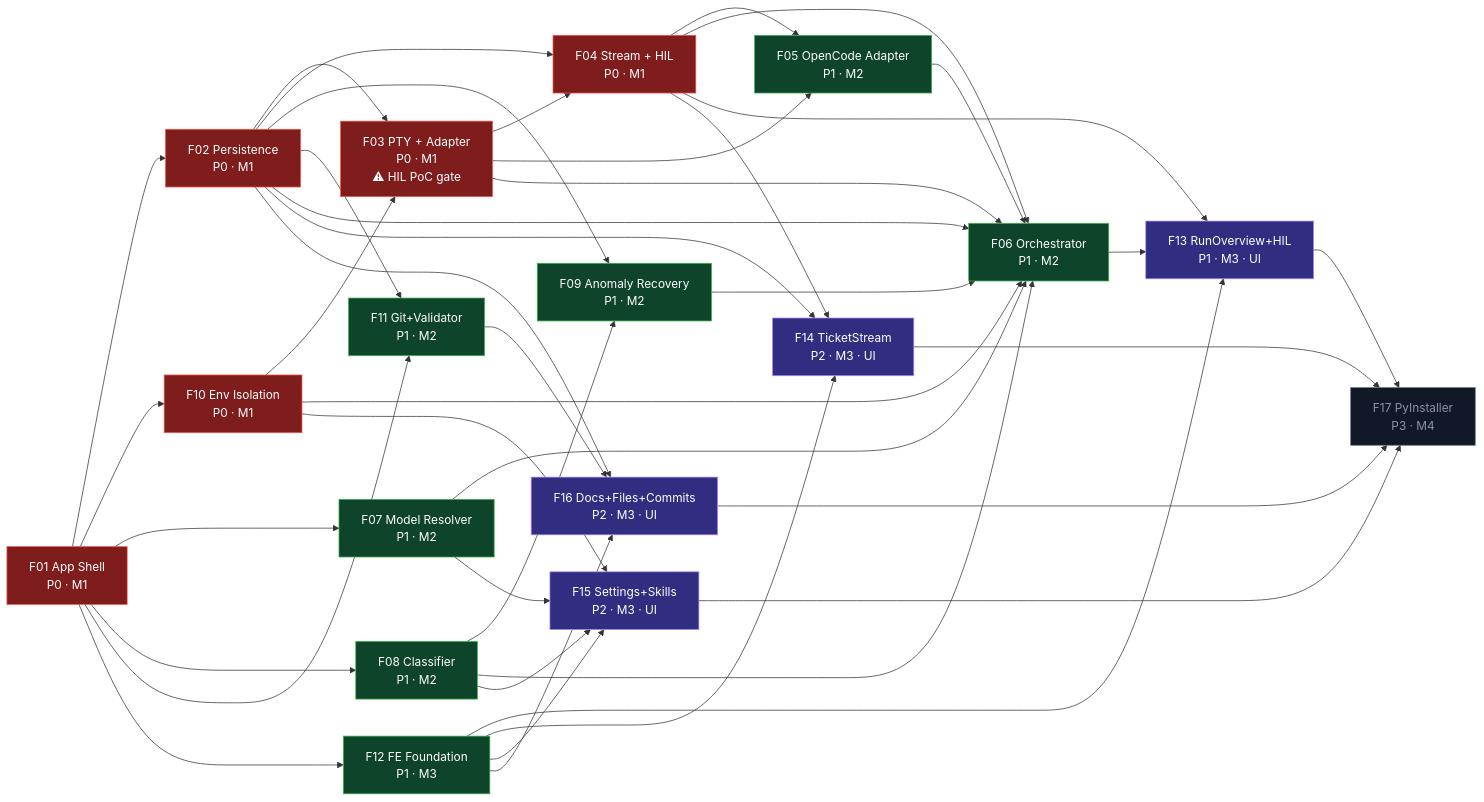
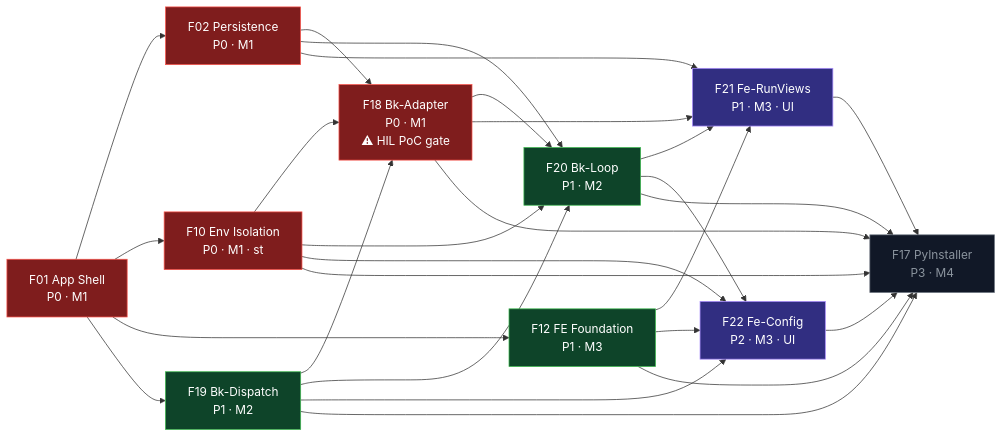
Before and after one commit to suriyel/Eva: the fifth of 5 diagrams in docs/plans/2026-04-21-harness-design.md, drawn with Mermaid. The commit also changed other lines of this file, not shown here.

````diff
--- a/docs/plans/2026-04-21-harness-design.md
+++ b/docs/plans/2026-04-21-harness-design.md
@@ -1610,78 +1625,57 @@
 ```mermaid
 graph LR
     F01[F01 App Shell<br/>P0 · M1]
     F02[F02 Persistence<br/>P0 · M1]
-    F10[F10 Env Isolation<br/>P0 · M1]
-    F03[F03 PTY + Adapter<br/>P0 · M1<br/>⚠ HIL PoC gate]
-    F04[F04 Stream + HIL<br/>P0 · M1]
+    F10[F10 Env Isolation<br/>P0 · M1 · st]
+    F18[F18 Bk-Adapter<br/>P0 · M1<br/>⚠ HIL PoC gate]
 
-    F07[F07 Model Resolver<br/>P1 · M2]
-    F08[F08 Classifier<br/>P1 · M2]
-    F05[F05 OpenCode Adapter<br/>P1 · M2]
-    F09[F09 Anomaly Recovery<br/>P1 · M2]
-    F11[F11 Git+Validator<br/>P1 · M2]
-    F06[F06 Orchestrator<br/>P1 · M2]
+    F19[F19 Bk-Dispatch<br/>P1 · M2]
+    F20[F20 Bk-Loop<br/>P1 · M2]
 
     F12[F12 FE Foundation<br/>P1 · M3]
-    F13[F13 RunOverview+HIL<br/>P1 · M3 · UI]
-    F14[F14 TicketStream<br/>P2 · M3 · UI]
-    F15[F15 Settings+Skills<br/>P2 · M3 · UI]
-    F16[F16 Docs+Files+Commits<br/>P2 · M3 · UI]
+    F21[F21 Fe-RunViews<br/>P1 · M3 · UI]
+    F22[F22 Fe-Config<br/>P2 · M3 · UI]
 
     F17[F17 PyInstaller<br/>P3 · M4]
 
     F01 --> F02
     F01 --> F10
-    F01 --> F07
-    F01 --> F08
-    F01 --> F11
     F01 --> F12
-    F02 --> F03
-    F10 --> F03
-    F02 --> F04
-    F03 --> F04
-    F03 --> F05
-    F04 --> F05
-    F02 --> F09
-    F08 --> F09
-    F02 --> F11
-    F02 --> F06
-    F03 --> F06
-    F04 --> F06
-    F05 --> F06
-    F07 --> F06
-    F08 --> F06
-    F09 --> F06
-    F10 --> F06
+    F01 --> F19
+    F02 --> F18
+    F10 --> F18
+    F19 --> F18
+    F02 --> F20
+    F10 --> F20
+    F18 --> F20
+    F19 --> F20
 
     %% Backend → Frontend edges（强制标出）
-    F12 --> F13
-    F12 --> F14
-    F12 --> F15
-    F12 --> F16
-    F06 --> F13
-    F04 --> F13
-    F04 --> F14
-    F02 --> F14
-    F07 --> F15
-    F08 --> F15
-    F10 --> F15
-    F11 --> F16
-    F02 --> F16
+    F12 --> F21
+    F12 --> F22
+    F18 --> F21
+    F20 --> F21
+    F02 --> F21
+    F19 --> F22
+    F20 --> F22
+    F10 --> F22
 
-    F13 --> F17
-    F14 --> F17
-    F15 --> F17
-    F16 --> F17
+    F10 --> F17
+    F12 --> F17
+    F18 --> F17
+    F19 --> F17
+    F20 --> F17
+    F21 --> F17
+    F22 --> F17
 
     classDef p0 fill:#7f1d1d,color:#fff,stroke:#f85149
     classDef p1 fill:#0e4429,color:#fff,stroke:#3fb950
     classDef p2 fill:#1f2937,color:#fff,stroke:#58a6ff
     classDef p3 fill:#111827,color:#8b949e,stroke:#6e7681
     classDef ui fill:#312e81,color:#fff,stroke:#a78bfa
-    class F01,F02,F03,F04,F10 p0
-    class F05,F06,F07,F08,F09,F11,F12,F13 p1
-    class F14,F15,F16 p2
+    class F01,F02,F10,F18 p0
+    class F12,F19,F20,F21 p1
+    class F22 p2
     class F17 p3
-    class F13,F14,F15,F16 ui
+    class F21,F22 ui
 ```
````
